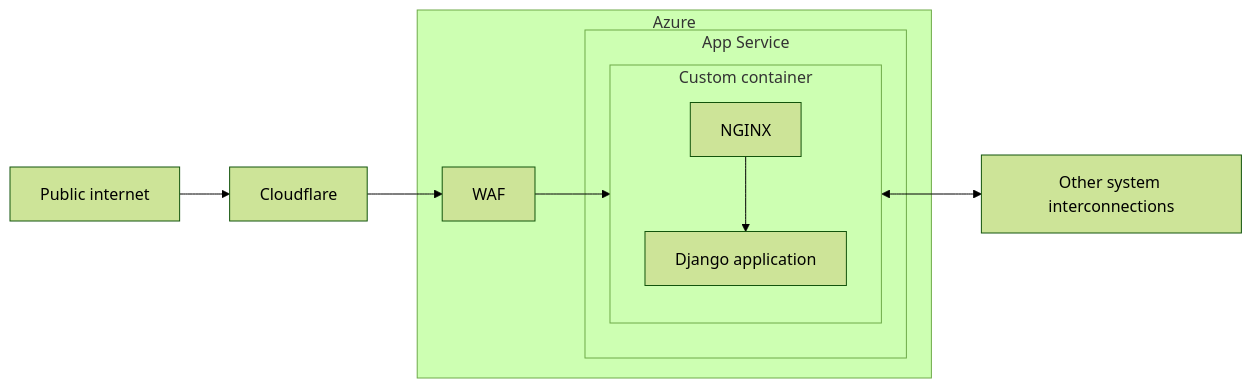
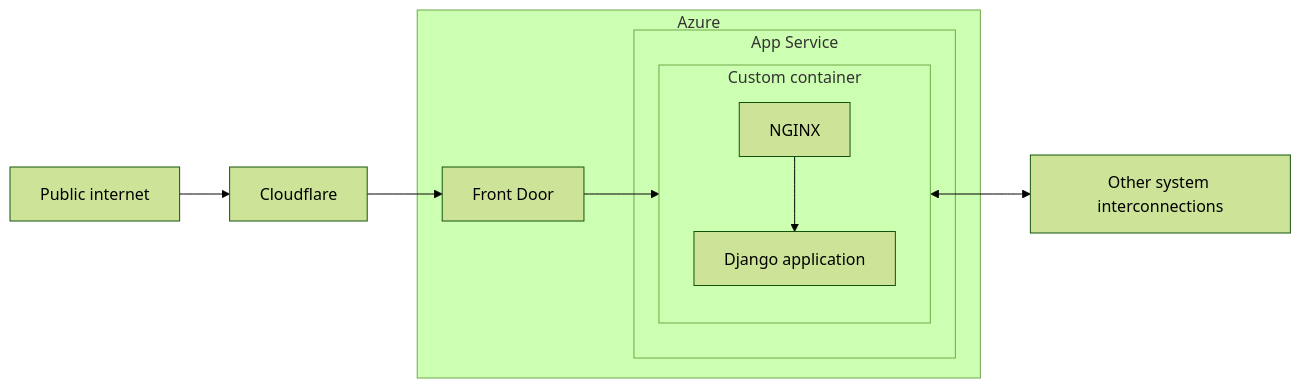
Before and after one commit to cal-itp/benefits: the second of 2 diagrams in docs/deployment/infrastructure.md, drawn with Mermaid (forest theme). The commit also changed other lines of this file, not shown here.

Commit message:
chore: clarify that the WAF is part of the Front Door

````diff
--- a/docs/deployment/infrastructure.md
+++ b/docs/deployment/infrastructure.md
@@ -34,22 +34,22 @@
 ```mermaid
 flowchart LR
     internet[Public internet]
-    WAF
+    frontdoor[Front Door]
     django[Django application]
     interconnections[Other system interconnections]
 
     internet --> Cloudflare
-    Cloudflare --> WAF
+    Cloudflare --> frontdoor
     django <--> interconnections
 
     subgraph Azure
-        WAF --> NGINX
+        frontdoor --> NGINX
 
         subgraph App Service
             subgraph Custom container
                 direction TB
                 NGINX --> django
             end
         end
     end
 ```
````
